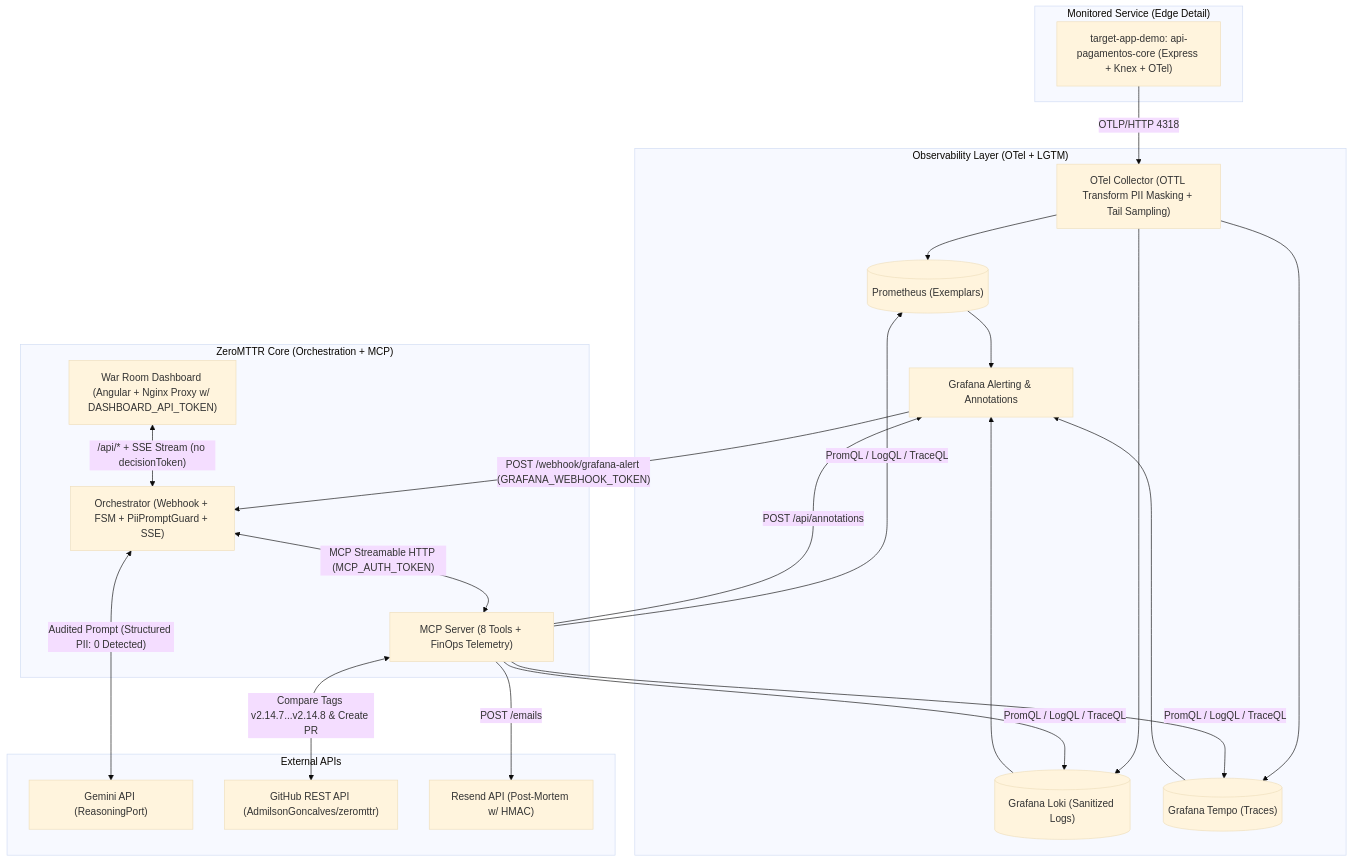
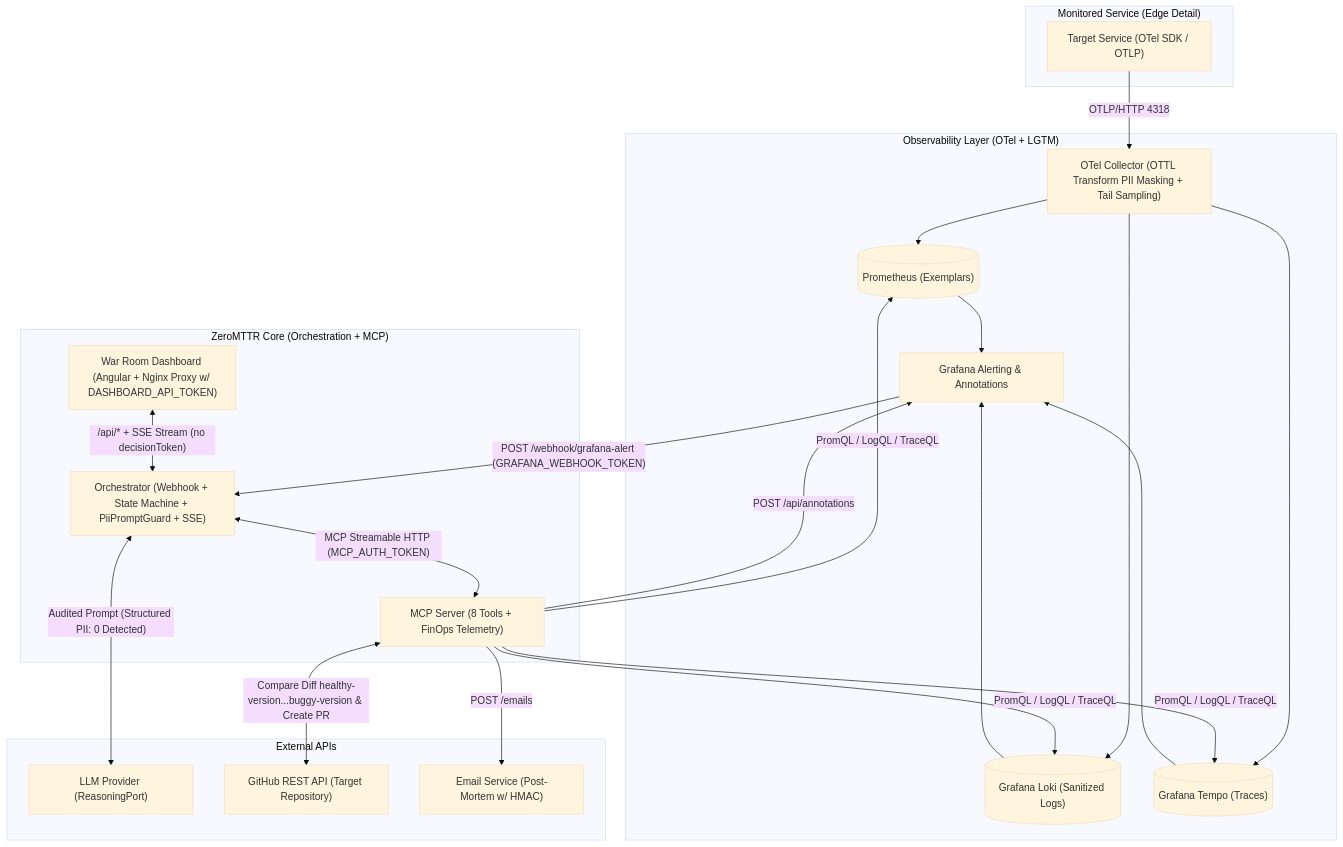
One commit to AdmilsonGoncalves/zeromttr changed the third of 5 diagrams in docs/en-US/00_architecture_master.md. Above: the diagram before and after it, drawn with Mermaid (base theme). The commit also changed other lines of this file and 75 other files, not shown here.

````diff
--- a/docs/en-US/00_architecture_master.md
+++ b/docs/en-US/00_architecture_master.md
@@ -168,38 +169,38 @@
 ```mermaid
 flowchart TD
     subgraph Workload["Monitored Service (Edge Detail)"]
-        DEMO["target-app-demo: api-pagamentos-core (Express + Knex + OTel)"]
+        DEMO["Target Service (OTel SDK / OTLP)"]
     end
 
     subgraph Observability["Observability Layer (OTel + LGTM)"]
         OTEL["OTel Collector (OTTL Transform PII Masking + Tail Sampling)"]
         PROM[("Prometheus (Exemplars)")]
         LOKI[("Grafana Loki (Sanitized Logs)")]
         TEMPO[("Grafana Tempo (Traces)")]
         GRAF["Grafana Alerting & Annotations"]
     end
 
     subgraph ZeroMTTR["ZeroMTTR Core (Orchestration + MCP)"]
         DASH["War Room Dashboard (Angular + Nginx Proxy w/ DASHBOARD_API_TOKEN)"]
-        ORCH["Orchestrator (Webhook + FSM + PiiPromptGuard + SSE)"]
+        ORCH["Orchestrator (Webhook + State Machine + PiiPromptGuard + SSE)"]
         MCP["MCP Server (8 Tools + FinOps Telemetry)"]
     end
 
     subgraph External["External APIs"]
-        LLM["Gemini API (ReasoningPort)"]
-        GH["GitHub REST API (AdmilsonGoncalves/zeromttr)"]
-        RS["Resend API (Post-Mortem w/ HMAC)"]
+        LLM["LLM Provider (ReasoningPort)"]
+        GH["GitHub REST API (Target Repository)"]
+        RS["Email Service (Post-Mortem w/ HMAC)"]
     end
 
     DEMO -->|"OTLP/HTTP 4318"| OTEL
     OTEL --> PROM & LOKI & TEMPO
     PROM & LOKI & TEMPO --> GRAF
     GRAF -->|"POST /webhook/grafana-alert (GRAFANA_WEBHOOK_TOKEN)"| ORCH
     DASH <-->|"/api/* + SSE Stream (no decisionToken)"| ORCH
     ORCH <-->|"MCP Streamable HTTP (MCP_AUTH_TOKEN)"| MCP
     ORCH <-->|"Audited Prompt (Structured PII: 0 Detected)"| LLM
     MCP -->|"PromQL / LogQL / TraceQL"| PROM & LOKI & TEMPO
     MCP -->|"POST /api/annotations"| GRAF
-    MCP <-->|"Compare Tags v2.14.7...v2.14.8 & Create PR"| GH
+    MCP <-->|"Compare Diff healthy-version...buggy-version & Create PR"| GH
     MCP -->|"POST /emails"| RS
 ```
````
